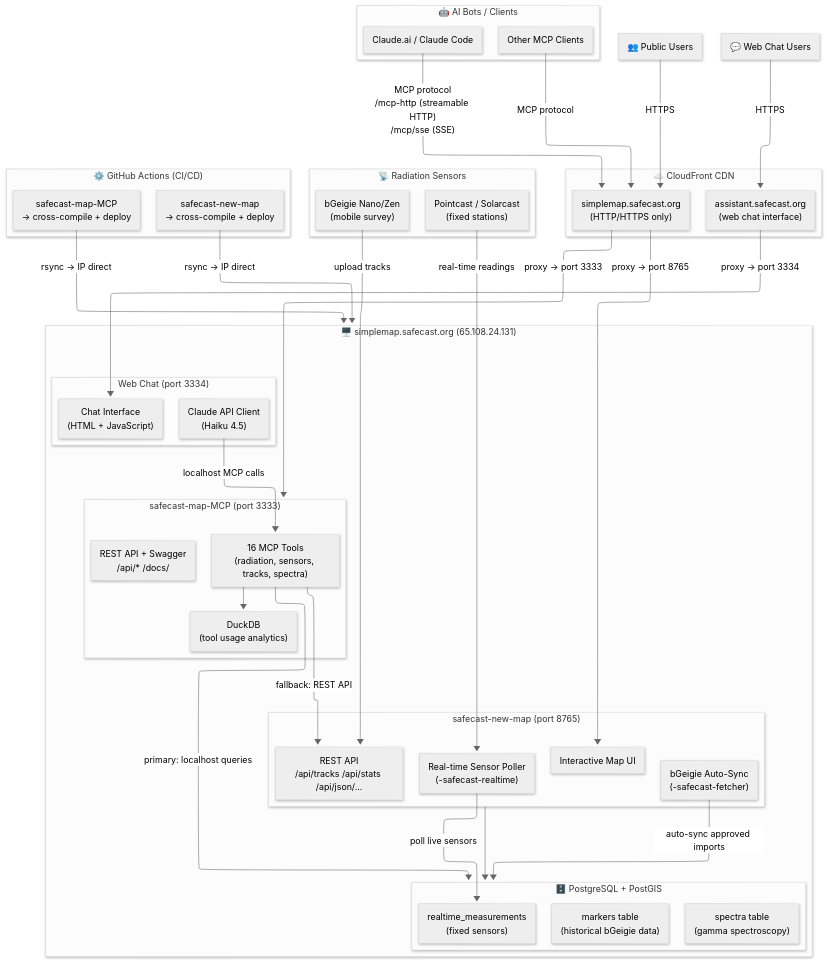
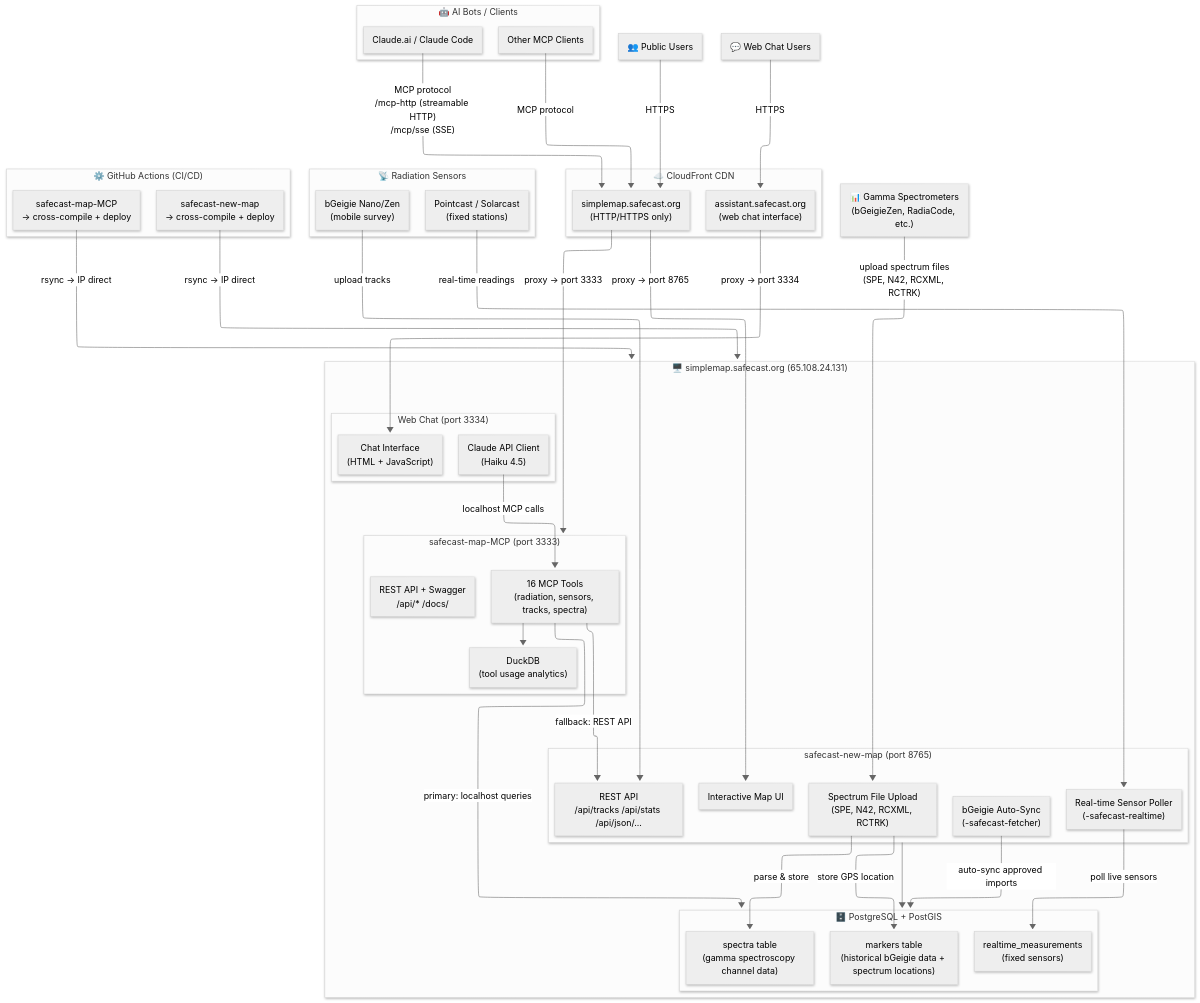
One commit to Safecast/safecast-map-MCP changed the diagram in docs/architecture-diagram.mmd. Above: the diagram before and after it, drawn with Mermaid. The commit also changed 2 other files, not shown here.

Commit message:
feat: Document gamma spectroscopy spectrum file upload, processing, and storage within the system architecture. Entire-Checkpoint: 0481df55f17d

```diff
--- a/docs/architecture-diagram.mmd
+++ b/docs/architecture-diagram.mmd
@@ -1,67 +1,71 @@
 ---
 config:
   layout: elk
   theme: neutral
   look: neo
 ---
 flowchart TB
  subgraph AI["🤖 AI Bots / Clients"]
         Claude["Claude.ai / Claude Code"]
         Other["Other MCP Clients"]
   end
  subgraph CDN["☁️ CloudFront CDN"]
         CF["simplemap.safecast.org\n(HTTP/HTTPS only)"]
         Assistant["assistant.safecast.org\n(web chat interface)"]
   end
  subgraph MCP["safecast-map-MCP (port 3333)"]
         MCPTools["16 MCP Tools\n(radiation, sensors, tracks, spectra)"]
         REST_MCP["REST API + Swagger\n/api/* /docs/"]
         DuckDB["DuckDB\n(tool usage analytics)"]
   end
  subgraph MapServer["safecast-new-map (port 8765)"]
         MapUI["Interactive Map UI"]
         REST_Map["REST API\n/api/tracks /api/stats /api/json/..."]
         Fetcher["bGeigie Auto-Sync\n(-safecast-fetcher)"]
         RTPoller["Real-time Sensor Poller\n(-safecast-realtime)"]
+        SpectraUpload["Spectrum File Upload\n(SPE, N42, RCXML, RCTRK)"]
   end
  subgraph DB["🗄️ PostgreSQL + PostGIS"]
-        markers["markers table\n(historical bGeigie data)"]
+        markers["markers table\n(historical bGeigie data + spectrum locations)"]
         realtime["realtime_measurements\n(fixed sensors)"]
-        spectra["spectra table\n(gamma spectroscopy)"]
+        spectra["spectra table\n(gamma spectroscopy channel data)"]
   end
  subgraph WebChat["Web Chat (port 3334)"]
         ChatUI["Chat Interface\n(HTML + JavaScript)"]
         ClaudeAPI["Claude API Client\n(Haiku 4.5)"]
   end
  subgraph Server["🖥️ simplemap.safecast.org (65.108.24.131)"]
         MCP
         MapServer
         WebChat
         DB
   end
  subgraph Devices["📡 Radiation Sensors"]
         bGeigie["bGeigie Nano/Zen\n(mobile survey)"]
         Fixed["Pointcast / Solarcast\n(fixed stations)"]
   end
  subgraph CICD["⚙️ GitHub Actions (CI/CD)"]
         GH_MCP["safecast-map-MCP\n→ cross-compile + deploy"]
         GH_Map["safecast-new-map\n→ cross-compile + deploy"]
   end
     MCPTools --> DuckDB
     MCPTools -- primary: localhost queries --> DB
     MapServer --> DB
     Fetcher -- "auto-sync approved imports" --> DB
     RTPoller -- poll live sensors --> realtime
     Claude -- "MCP protocol\n/mcp-http (streamable HTTP)\n/mcp/sse (SSE)" --> CF
     Other -- MCP protocol --> CF
     CF -- proxy → port 3333 --> MCP
     MCPTools -- fallback: REST API --> REST_Map
     Users["👥 Public Users"] -- HTTPS --> CF
     CF -- proxy → port 8765 --> MapUI
     WebUsers["💬 Web Chat Users"] -- HTTPS --> Assistant
     Assistant -- proxy → port 3334 --> ChatUI
     ClaudeAPI -- "localhost MCP calls" --> MCPTools
     bGeigie -- upload tracks --> REST_Map
     Fixed -- "real-time readings" --> RTPoller
+    Spectrometers["📊 Gamma Spectrometers\n(bGeigieZen, RadiaCode, etc.)"] -- "upload spectrum files\n(SPE, N42, RCXML, RCTRK)" --> SpectraUpload
+    SpectraUpload -- "parse & store" --> spectra
+    SpectraUpload -- "store GPS location" --> markers
     GH_MCP -- rsync → IP direct --> Server
     GH_Map -- rsync → IP direct --> Server
```
